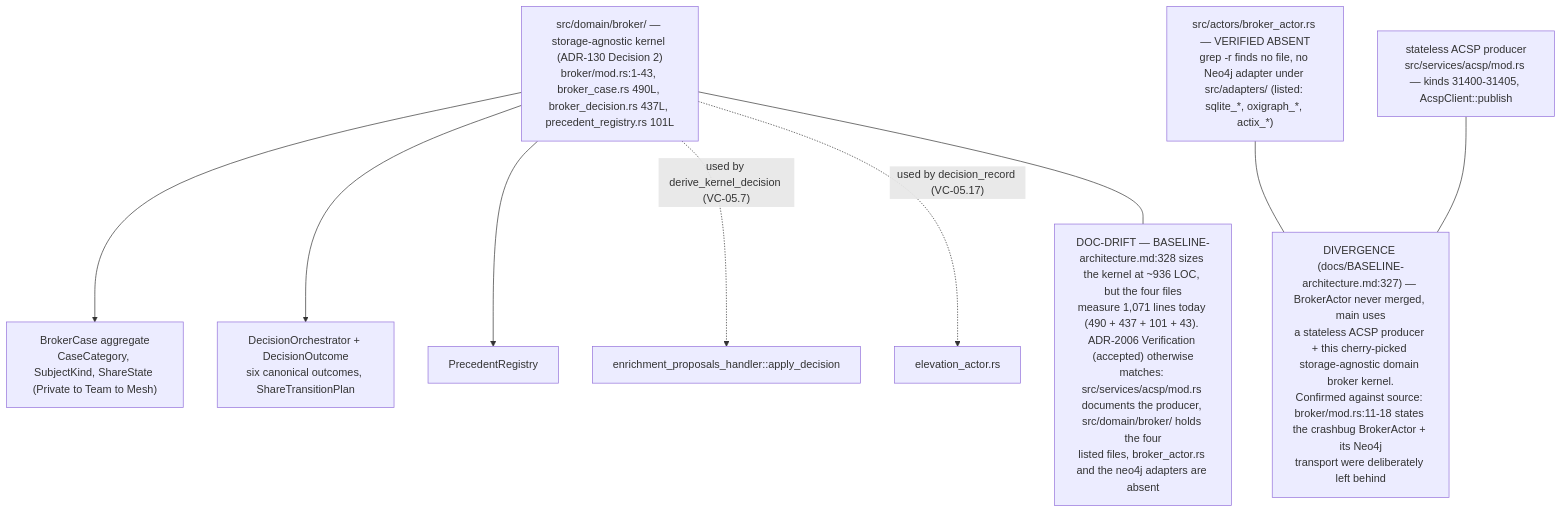
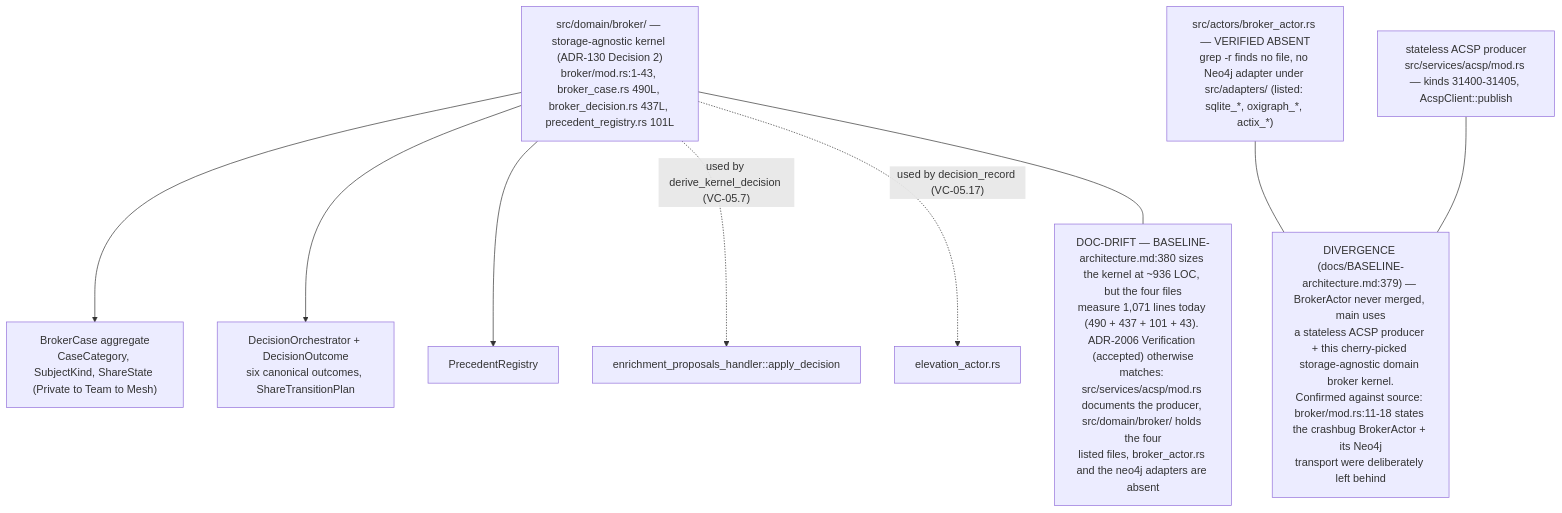
Before and after one commit to DreamLab-AI/VisionFlow: diagram 15 of 15 in docs/diagrams/visionclaw/05-handlers-governance-and-identity.md, drawn with Mermaid. The commit also changed other lines of this file and 56 other files, not shown here.

First line of the commit message:
docs(diagrams): re-verify VisionClaw topics at ec785afa9, add VC-19/56/57 and the VisionClaw register

````diff
--- a/docs/diagrams/visionclaw/05-handlers-governance-and-identity.md
+++ b/docs/diagrams/visionclaw/05-handlers-governance-and-identity.md
@@ -815,19 +829,19 @@
 ```mermaid
 flowchart TB
     KERNEL["src/domain/broker/ — storage-agnostic kernel (ADR-130 Decision 2)<br/>broker/mod.rs:1-43, broker_case.rs 490L, broker_decision.rs 437L, precedent_registry.rs 101L"]
     BC["BrokerCase aggregate<br/>CaseCategory, SubjectKind, ShareState (Private to Team to Mesh)"]
     BD["DecisionOrchestrator + DecisionOutcome<br/>six canonical outcomes, ShareTransitionPlan"]
     PR["PrecedentRegistry"]
     KERNEL --> BC
     KERNEL --> BD
     KERNEL --> PR
     ACSP["stateless ACSP producer<br/>src/services/acsp/mod.rs — kinds 31400-31405, AcspClient::publish"]
     ABSENT["src/actors/broker_actor.rs — VERIFIED ABSENT<br/>grep -r finds no file, no Neo4j adapter under src/adapters/ (listed: sqlite_*, oxigraph_*, actix_*)"]
     KERNEL -.->|"used by derive_kernel_decision (VC-05.7)"| CALLER["enrichment_proposals_handler::apply_decision"]
     KERNEL -.->|"used by decision_record (VC-05.17)"| CALLER2["elevation_actor.rs"]
-    N1["DIVERGENCE (docs/BASELINE-architecture.md:327) — BrokerActor never merged, main uses<br/>a stateless ACSP producer + this cherry-picked storage-agnostic domain broker kernel.<br/>Confirmed against source: broker/mod.rs:11-18 states the crashbug BrokerActor + its Neo4j<br/>transport were deliberately left behind"]
+    N1["DIVERGENCE (docs/BASELINE-architecture.md:379) — BrokerActor never merged, main uses<br/>a stateless ACSP producer + this cherry-picked storage-agnostic domain broker kernel.<br/>Confirmed against source: broker/mod.rs:11-18 states the crashbug BrokerActor + its Neo4j<br/>transport were deliberately left behind"]
     ABSENT --- N1
     ACSP --- N1
-    N2["DOC-DRIFT — BASELINE-architecture.md:328 sizes the kernel at ~936 LOC, but the four files<br/>measure 1,071 lines today (490 + 437 + 101 + 43). ADR-2006 Verification (accepted) otherwise<br/>matches: src/services/acsp/mod.rs documents the producer, src/domain/broker/ holds the four<br/>listed files, broker_actor.rs and the neo4j adapters are absent"]
+    N2["DOC-DRIFT — BASELINE-architecture.md:380 sizes the kernel at ~936 LOC, but the four files<br/>measure 1,071 lines today (490 + 437 + 101 + 43). ADR-2006 Verification (accepted) otherwise<br/>matches: src/services/acsp/mod.rs documents the producer, src/domain/broker/ holds the four<br/>listed files, broker_actor.rs and the neo4j adapters are absent"]
     KERNEL --- N2
 ```
````
